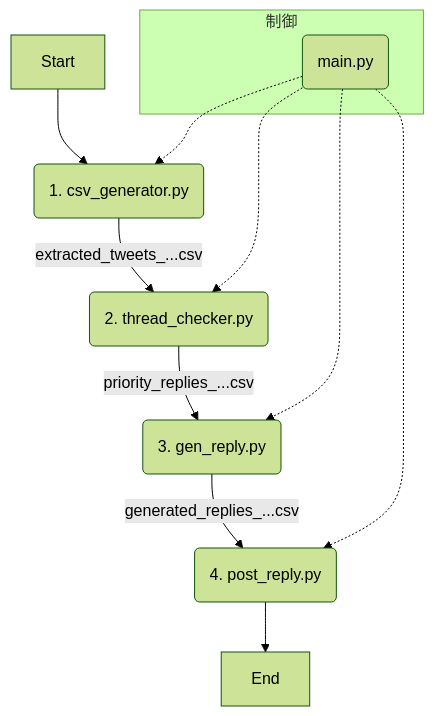
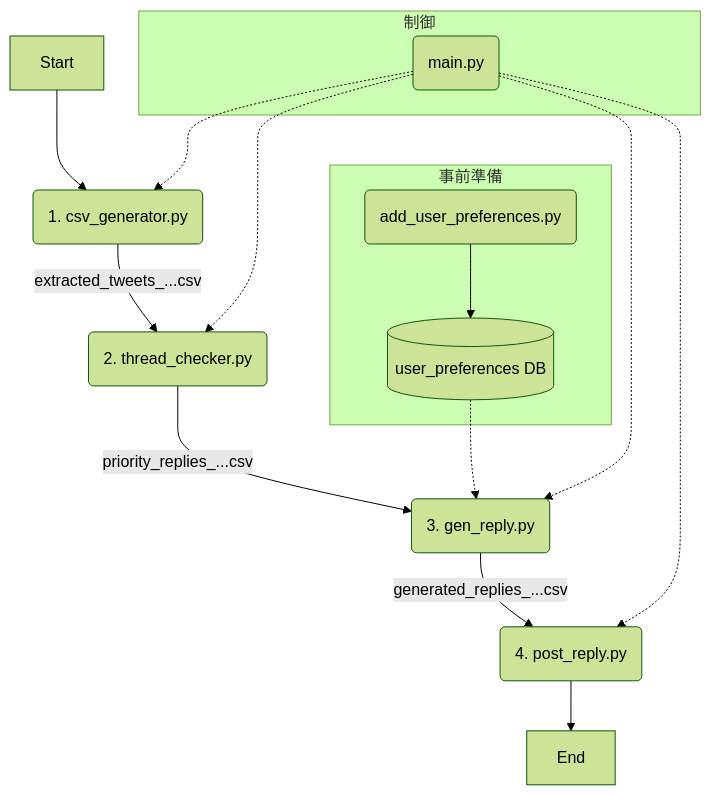
Before and after one commit to Nyukimin/Twitter_reply_02: the diagram in specification.md, drawn with Mermaid (forest theme). The commit also changed other lines of this file and 1 other file, not shown here.

````diff
--- a/specification.md
+++ b/specification.md
@@ -11,17 +11,22 @@
 ```mermaid
 graph TD;
+    subgraph "事前準備"
+        AA(add_user_preferences.py) --> DB[(user_preferences DB)];
+    end
+
     A[Start] --> B(1. csv_generator.py);
     B -- extracted_tweets_...csv --> C(2. thread_checker.py);
     C -- priority_replies_...csv --> D(3. gen_reply.py);
+    DB -.-> D;
     D -- generated_replies_...csv --> E(4. post_reply.py);
     E --> F[End];
 
     subgraph "制御"
         G(main.py)
     end
 
     G -.-> B;
     G -.-> C;
     G -.-> D;
     G -.-> E;
 ```
````
